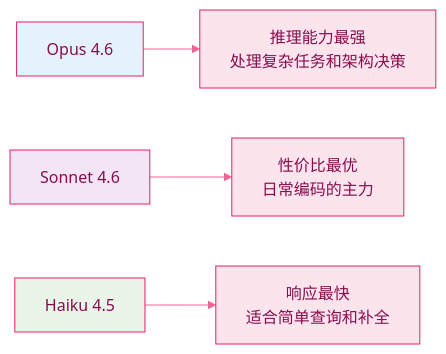
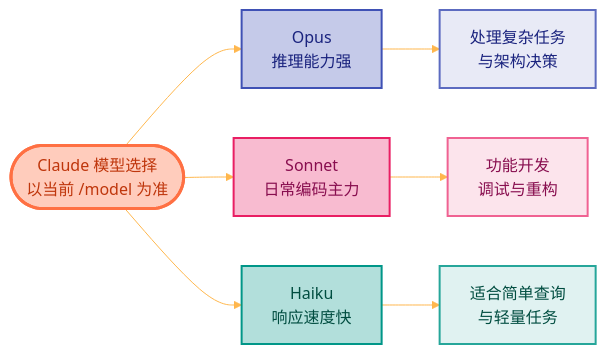
Before and after one commit to microwind/ai-skills: the fourth of 16 diagrams in docs/claude/ClaudeCodeAI编程完全指南.md, drawn with Mermaid. The commit also changed other lines of this file and 6 other files, not shown here.

````diff
--- a/docs/claude/ClaudeCodeAI编程完全指南.md
+++ b/docs/claude/ClaudeCodeAI编程完全指南.md
@@ -148,11 +137,19 @@
 ```mermaid
-%%{init: {'theme': 'base', 'themeVariables': { 'background': '#fdf2f8', 'secondaryColor': '#fce7f3', 'tertiaryColor': '#fbcfe8', 'primaryColor': '#fce4ec', 'primaryTextColor': '#880e4f', 'primaryBorderColor': '#e91e63', 'lineColor': '#f06292', 'fillType0': '#f8bbd9', 'fillType1': '#f48fb1', 'fillType2': '#f06292' }}}%%
+%%{init: {'theme': 'base', 'themeVariables': { 'background': '#fff3e0', 'secondaryColor': '#ffe0b2', 'tertiaryColor': '#ffcc80', 'primaryColor': '#fff8e1', 'primaryTextColor': '#bf360c', 'primaryBorderColor': '#ff9800', 'lineColor': '#ffb74d', 'fillType0': '#ffe0f7', 'fillType1': '#e1f5fe', 'fillType2': '#e8f5e9' }}}%%
 graph LR
-    A[Opus 4.6] --> A1[推理能力最强<br>处理复杂任务和架构决策]
-    B[Sonnet 4.6] --> B1[性价比最优<br>日常编码的主力]
-    C[Haiku 4.5] --> C1[响应最快<br>适合简单查询和补全]
+    A[Opus<br>推理能力强] --> A1[处理复杂任务<br>与架构决策]
+    B[Sonnet<br>日常编码主力] --> B1[功能开发<br>调试与重构]
+    C[Haiku<br>响应速度快] --> C1[适合简单查询<br>与轻量任务]
     
-    style A fill:#e3f2fd
-    style B fill:#f3e5f5
-    style C fill:#e8f5e8
+    D([Claude 模型选择<br>以当前 /model 为准]) --> A
+    D --> B
+    D --> C
+
+    style A fill:#c5cae9,stroke:#3f51b5,stroke-width:2px,color:#1a237e
+    style A1 fill:#e8eaf6,stroke:#5c6bc0,stroke-width:2px,color:#1a237e
+    style B fill:#f8bbd0,stroke:#e91e63,stroke-width:2px,color:#880e4f
+    style B1 fill:#fce4ec,stroke:#f06292,stroke-width:2px,color:#880e4f
+    style C fill:#b2dfdb,stroke:#009688,stroke-width:2px,color:#004d40
+    style C1 fill:#e0f2f1,stroke:#26a69a,stroke-width:2px,color:#004d40
+    style D fill:#ffccbc,stroke:#ff7043,stroke-width:3px,color:#bf360c
 ```
````
